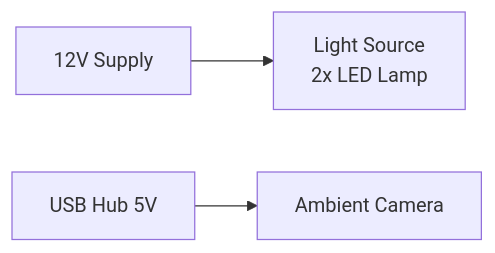
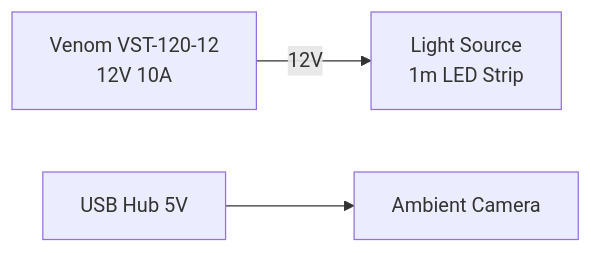
The sixth of 8 diagrams in electronics/ELECTRONICS.md (dark-neonus/Cleany_AI_Trash_Sorting_Robot), drawn with Mermaid before and after one commit. The commit also changed other lines of this file and 14 other files, not shown here.

````diff
--- a/electronics/ELECTRONICS.md
+++ b/electronics/ELECTRONICS.md
@@ -183,5 +213,5 @@
 ```mermaid
 flowchart LR
-    PSU12[12V Supply] --> LED[Light Source<br/>2x LED Lamp]
+    PSU12[Venom VST-120-12<br/>12V 10A] -->|12V| LED[Light Source<br/>1m LED Strip]
     HUB[USB Hub 5V] --> ACAM[Ambient Camera]
 ```
````
